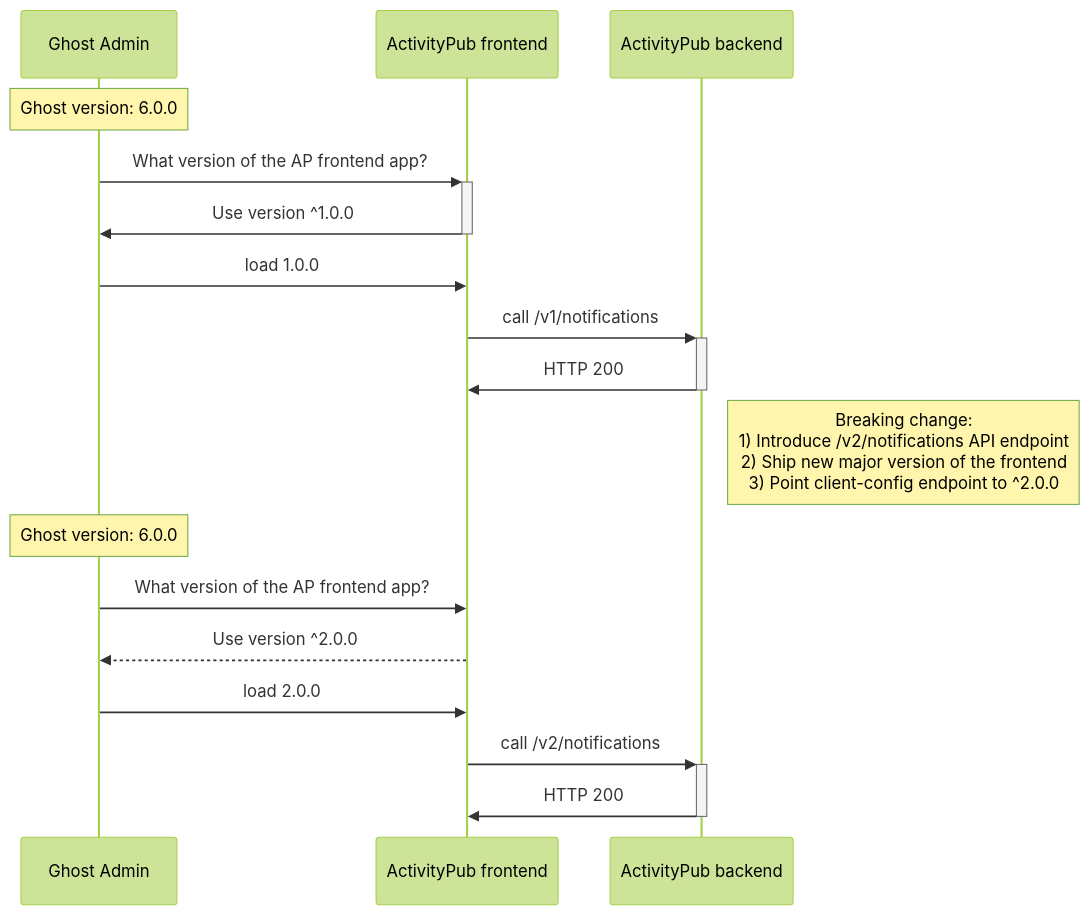
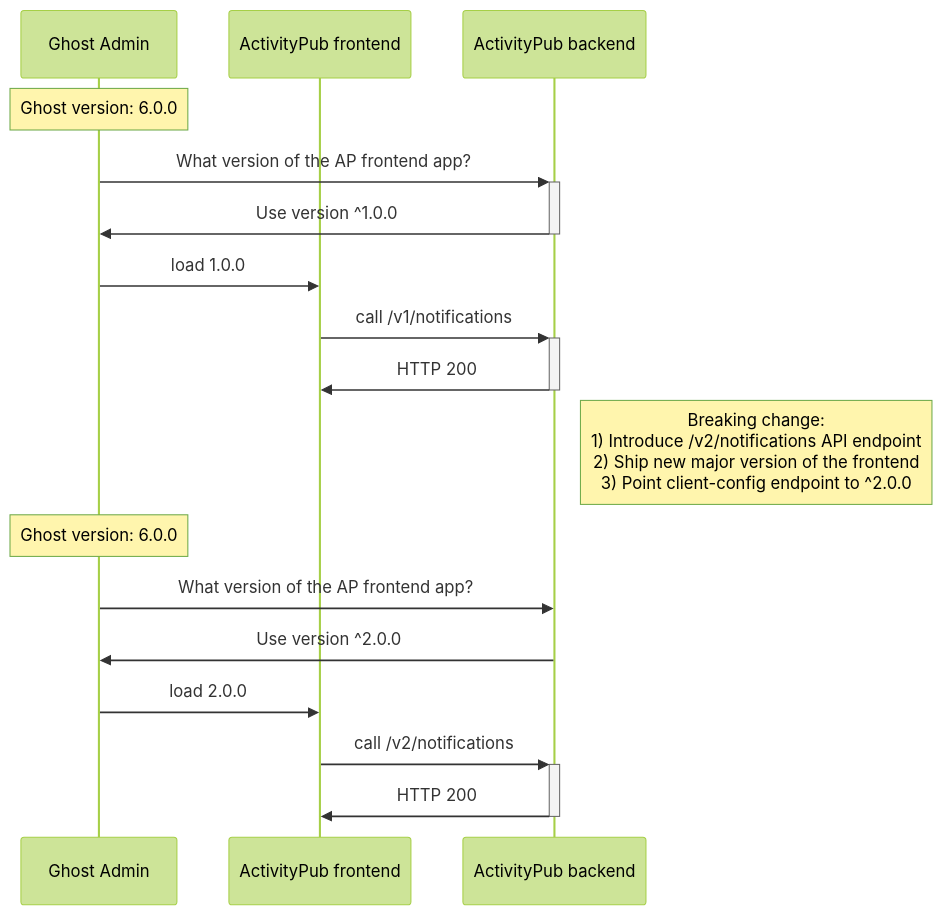
The second of 2 diagrams in adr/0002-frontend-backend-versioning.md (TryGhost/ActivityPub), drawn with Mermaid (forest theme) before and after one commit.

Commit message:
Fixed typo in mermaid diagram

````diff
--- a/adr/0002-frontend-backend-versioning.md
+++ b/adr/0002-frontend-backend-versioning.md
@@ -77,24 +77,24 @@
 ```mermaid
 sequenceDiagram
     participant GA as Ghost Admin
     participant APF as ActivityPub frontend
     participant APB as ActivityPub backend
 
     Note over GA: Ghost version: 6.0.0
 
-    GA->>+APF: What version of the AP frontend app?
-    APF->>-GA: Use version ^1.0.0
+    GA->>+APB: What version of the AP frontend app?
+    APB->>-GA: Use version ^1.0.0
     GA->>APF: load 1.0.0
     APF->>+APB: call /v1/notifications
     APB->>-APF: HTTP 200
 
     Note right of APB: Breaking change:<br/>1) Introduce /v2/notifications API endpoint<br/>2) Ship new major version of the frontend<br/>3) Point client-config endpoint to ^2.0.0
 
     Note over GA: Ghost version: 6.0.0
 
-    GA->>APF: What version of the AP frontend app?
-    APF-->>GA: Use version ^2.0.0
+    GA->>APB: What version of the AP frontend app?
+    APB->>GA: Use version ^2.0.0
     GA->>APF: load 2.0.0
     APF->>+APB: call /v2/notifications
     APB->>-APF: HTTP 200
 ```
````
